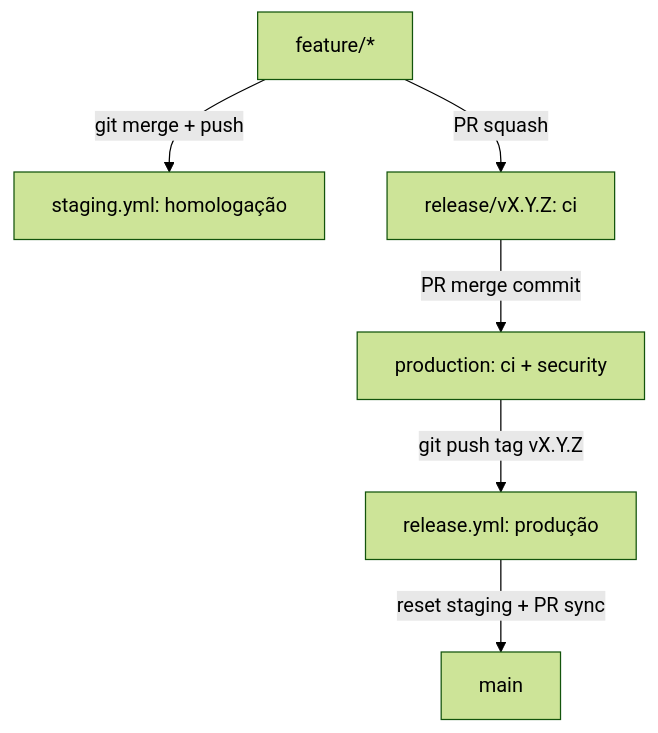
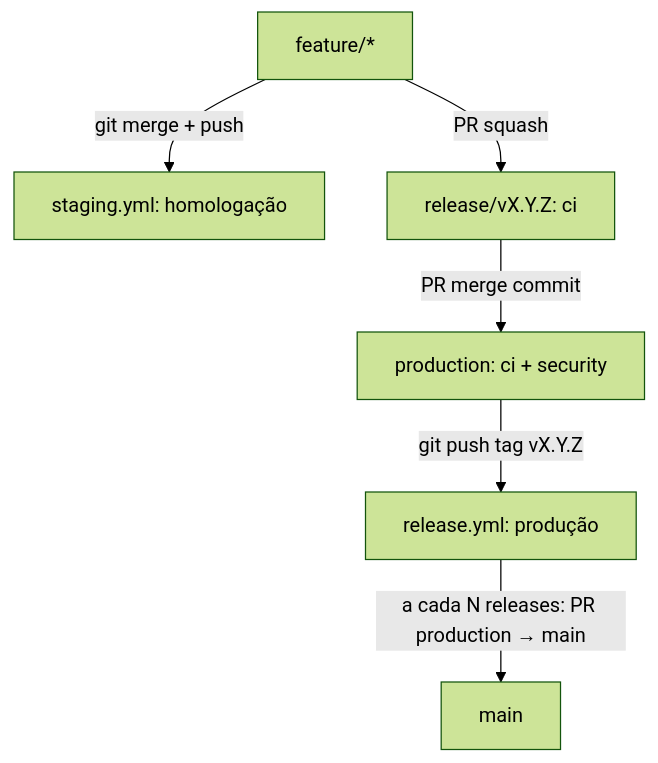
Before and after one commit to uesleinasch/ConventionsCode: the diagram in GitFlow/05-automacao.md, drawn with Mermaid (forest theme). The commit also changed other lines of this file and 17 other files, not shown here.

First line of the commit message:
feat(gitflow): main recebe só backup de production a cada N releases

````diff
--- a/GitFlow/05-automacao.md
+++ b/GitFlow/05-automacao.md
@@ -15,8 +15,8 @@
 ```mermaid
 flowchart TD
     F[feature/*] -->|git merge + push| S[staging.yml: homologação]
     F -->|PR squash| R[release/vX.Y.Z: ci]
     R -->|PR merge commit| P[production: ci + security]
     P -->|git push tag vX.Y.Z| T[release.yml: produção]
-    T -->|reset staging + PR sync| M[main]
+    T -->|a cada N releases: PR production → main| M[main]
 ```
````
